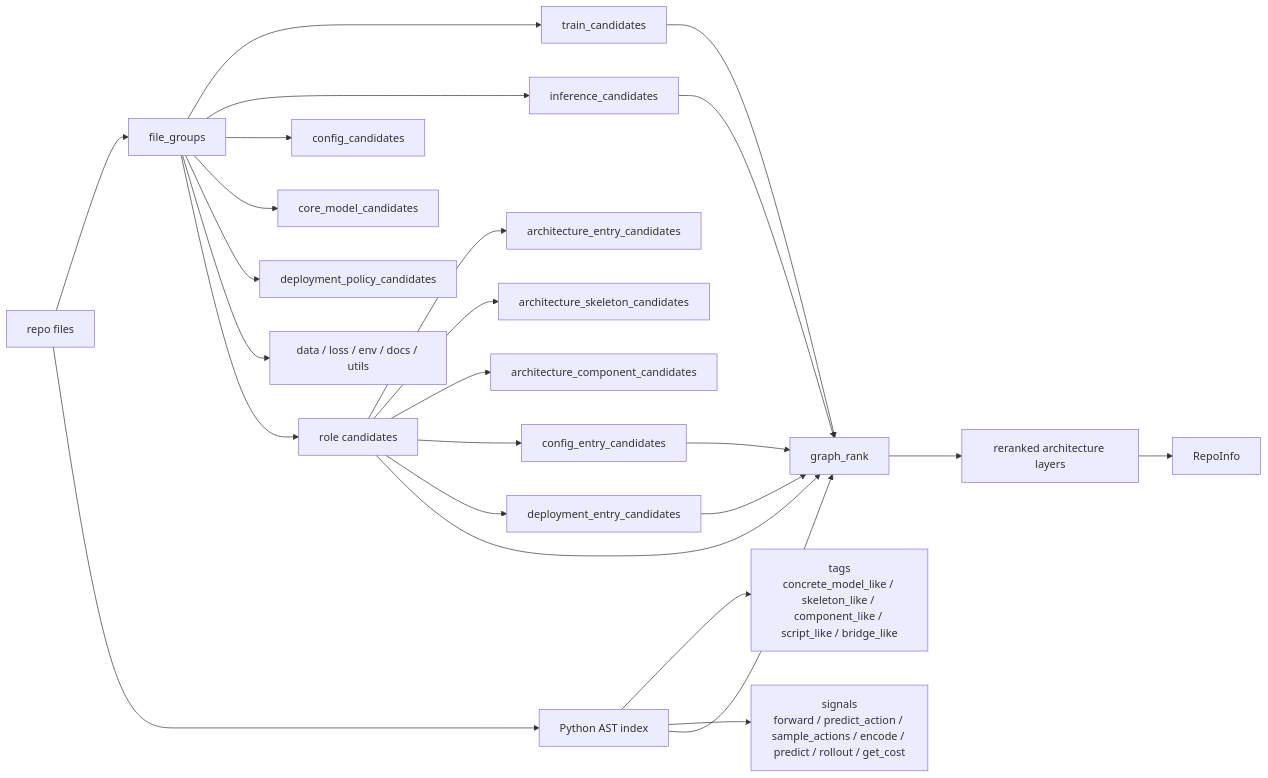
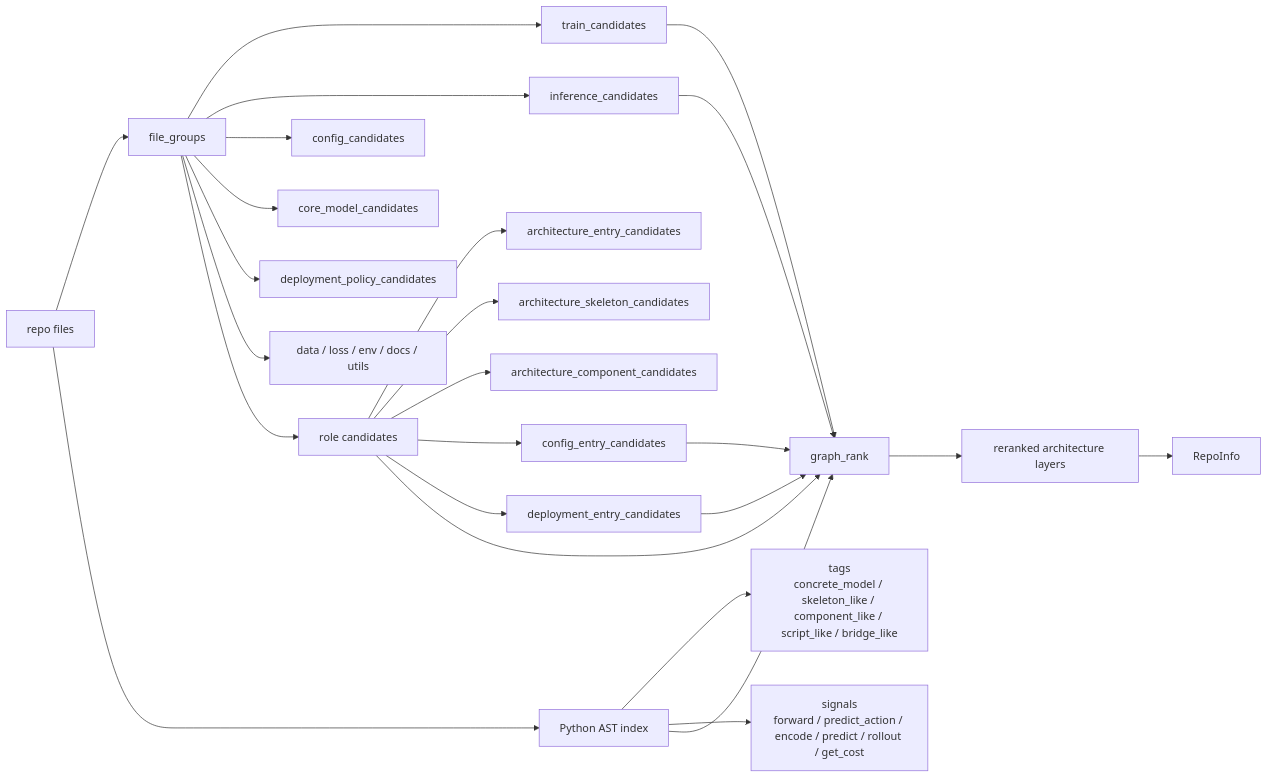
One commit to hundredthtree-OvO/myEmbodiedVLA-agent changed the second of 2 diagrams in README-architecture.md. Above: the diagram before and after it, drawn with Mermaid. The commit also changed other lines of this file and 11 other files, not shown here.

````diff
--- a/README-architecture.md
+++ b/README-architecture.md
@@ -26,31 +29,31 @@
 ```mermaid
 flowchart LR
     A["repo files"] --> B["file_groups"]
     B --> B1["train_candidates"]
     B --> B2["inference_candidates"]
     B --> B3["config_candidates"]
     B --> B4["core_model_candidates"]
     B --> B5["deployment_policy_candidates"]
     B --> B6["data / loss / env / docs / utils"]
 
     B --> C["role candidates"]
     C --> C1["architecture_entry_candidates"]
     C --> C2["architecture_skeleton_candidates"]
     C --> C3["architecture_component_candidates"]
     C --> C4["config_entry_candidates"]
     C --> C5["deployment_entry_candidates"]
 
     A --> D["Python AST index"]
-    D --> D1["tags<br/>concrete_model_like / skeleton_like / component_like / script_like / bridge_like"]
-    D --> D2["signals<br/>forward / predict_action / sample_actions / encode / predict / rollout / get_cost"]
+    D --> D1["tags<br/>concrete_model / skeleton_like / component_like / script_like / bridge_like"]
+    D --> D2["signals<br/>forward / predict_action / encode / predict / rollout / get_cost"]
 
     C --> E["graph_rank"]
     D --> E
     B1 --> E
     B2 --> E
     C4 --> E
     C5 --> E
 
     E --> F["reranked architecture layers"]
     F --> G["RepoInfo"]
 ```
````
